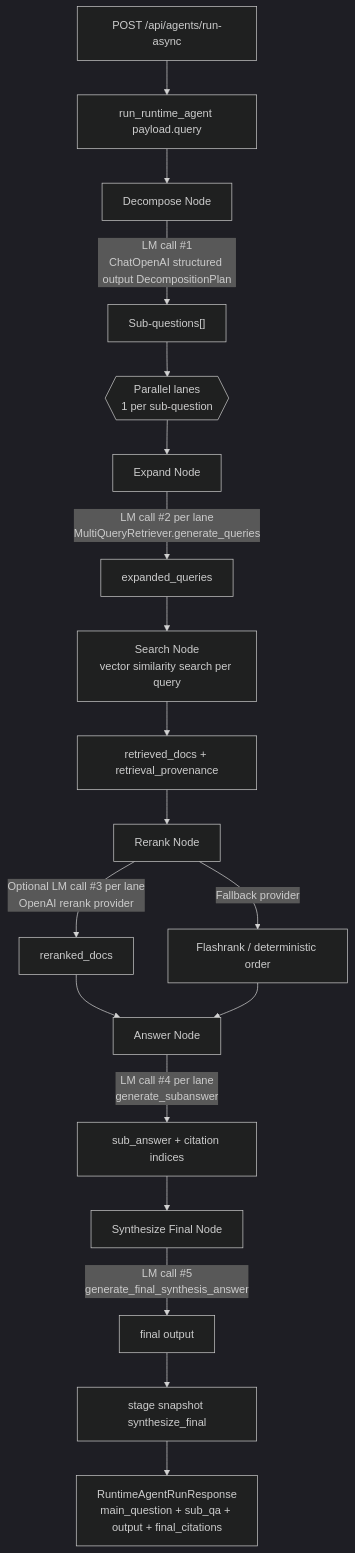
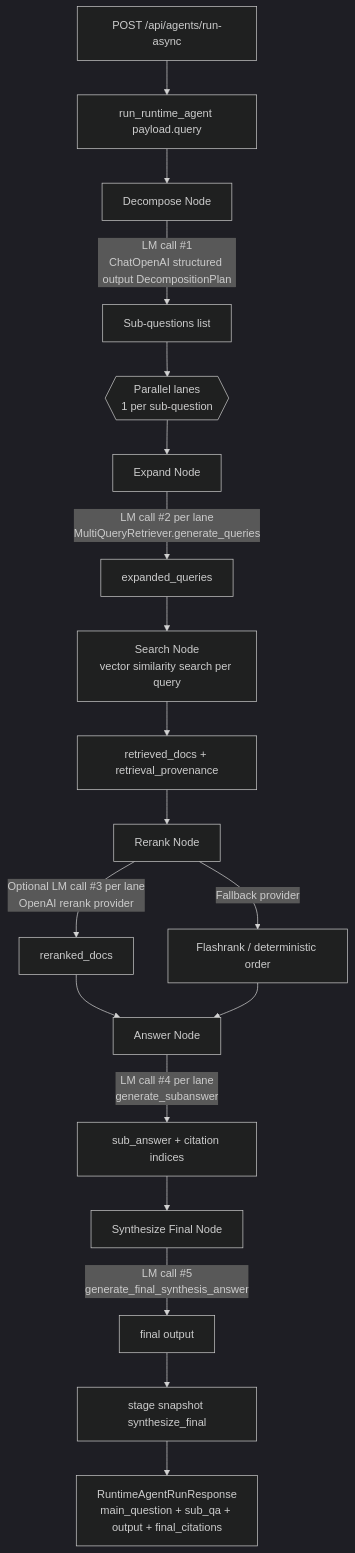
The diagram in README.md (Nickbohm555/agent-search), drawn with Mermaid (dark theme) before and after one commit.

Commit message:
fix mermaid label

````diff
--- a/README.md
+++ b/README.md
@@ -21,22 +21,22 @@
 ```mermaid
 flowchart TD
     A[POST /api/agents/run-async] --> B[run_runtime_agent payload.query]
     B --> D[Decompose Node]
-    D -->|LM call #1\nChatOpenAI structured output DecompositionPlan| E["Sub-questions[]"]
+    D -->|LM call #1\nChatOpenAI structured output DecompositionPlan| E[Sub-questions list]
 
     E --> F{{Parallel lanes\n1 per sub-question}}
     F --> G[Expand Node]
     G -->|LM call #2 per lane\nMultiQueryRetriever.generate_queries| H[expanded_queries]
     H --> I[Search Node\nvector similarity search per query]
     I --> J[retrieved_docs + retrieval_provenance]
     J --> K[Rerank Node]
     K -->|Optional LM call #3 per lane\nOpenAI rerank provider| L[reranked_docs]
     K -->|Fallback provider| L2[Flashrank / deterministic order]
     L --> M[Answer Node]
     L2 --> M
     M -->|LM call #4 per lane\ngenerate_subanswer| N[sub_answer + citation indices]
     N --> P[Synthesize Final Node]
     P -->|LM call #5\ngenerate_final_synthesis_answer| Q[final output]
     Q --> R[stage snapshot synthesize_final]
     R --> S[RuntimeAgentRunResponse\nmain_question + sub_qa + output + final_citations]
 ```
````
